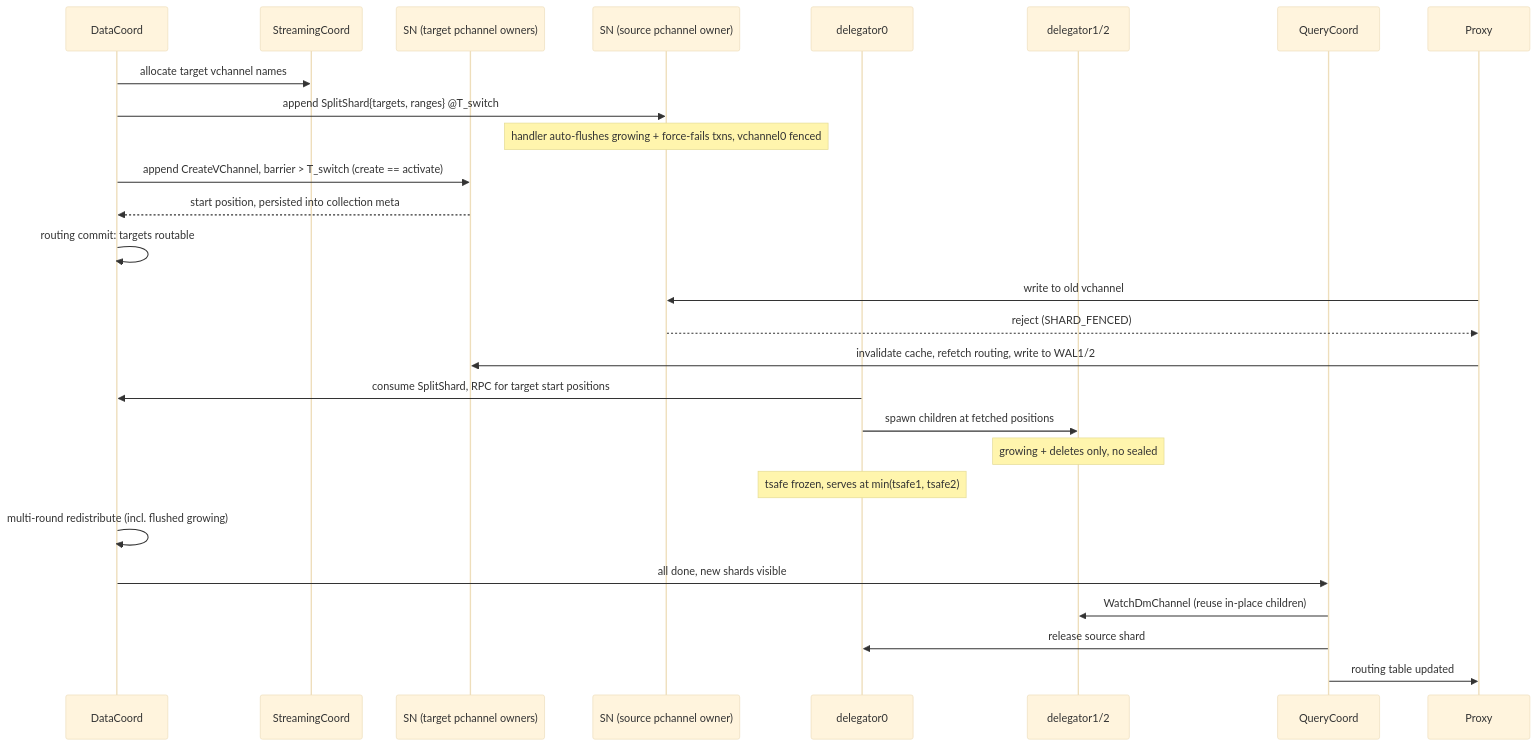
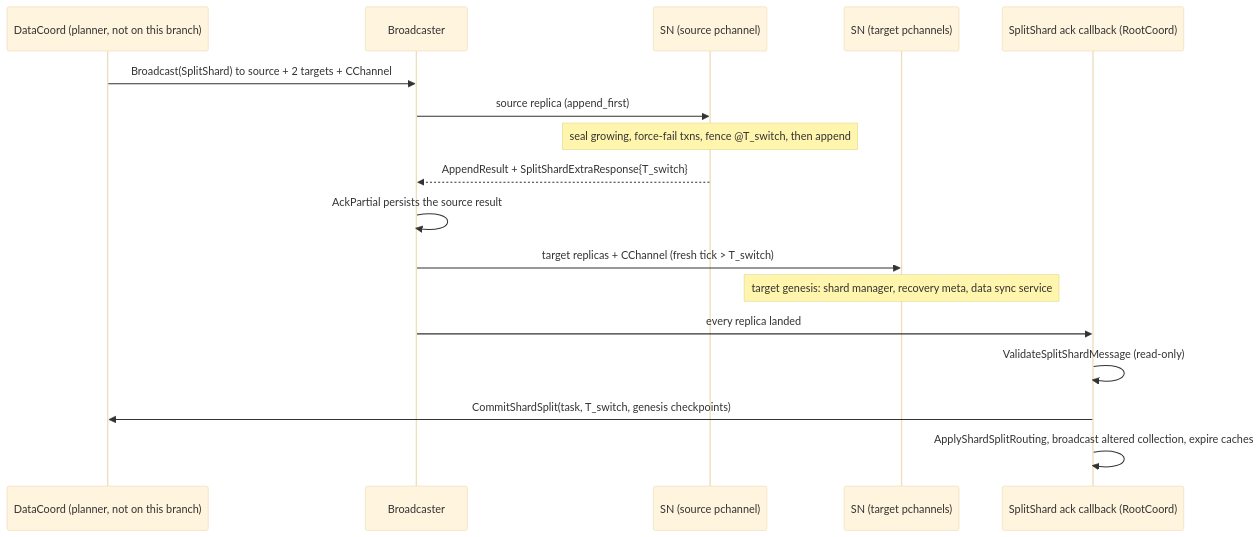
One commit to milvus-io/milvus changed the second of 4 diagrams in docs/design-docs/design_docs/20260610-shard_split.md. Above: the diagram before and after it, drawn with Mermaid (base theme). The commit also changed other lines of this file and 6 other files, not shown here.

First line of the commit message:
doc: describe the replicated shard split write switch

````diff
--- a/docs/design-docs/design_docs/20260610-shard_split.md
+++ b/docs/design-docs/design_docs/20260610-shard_split.md
@@ -368,29 +623,19 @@
 ```mermaid
 sequenceDiagram
-    participant DC as DataCoord
-    participant SC as StreamingCoord
-    participant SNT as SN (target pchannel owners)
-    participant SN0 as SN (source pchannel owner)
-    participant D0 as delegator0
-    participant D12 as delegator1/2
-    participant QC as QueryCoord
-    participant PX as Proxy
-    DC->>SC: allocate target vchannel names
-    DC->>SN0: append SplitShard{targets, ranges} @T_switch
-    Note over SN0: handler auto-flushes growing + force-fails txns, vchannel0 fenced
-    DC->>SNT: append CreateVChannel, barrier > T_switch (create == activate)
-    SNT-->>DC: start position, persisted into collection meta
-    DC->>DC: routing commit: targets routable
-    PX->>SN0: write to old vchannel
-    SN0-->>PX: reject (SHARD_FENCED)
-    PX->>SNT: invalidate cache, refetch routing, write to WAL1/2
-    D0->>DC: consume SplitShard, RPC for target start positions
-    D0->>D12: spawn children at fetched positions
-    Note over D12: growing + deletes only, no sealed
-    Note over D0: tsafe frozen, serves at min(tsafe1, tsafe2)
-    DC->>DC: multi-round redistribute (incl. flushed growing)
-    DC->>QC: all done, new shards visible
-    QC->>D12: WatchDmChannel (reuse in-place children)
-    QC->>D0: release source shard
-    QC->>PX: routing table updated
+    participant DC as DataCoord (planner, not on this branch)
+    participant BC as Broadcaster
+    participant SN0 as SN (source pchannel)
+    participant SNT as SN (target pchannels)
+    participant CB as SplitShard ack callback (RootCoord)
+    DC->>BC: Broadcast(SplitShard) to source + 2 targets + CChannel
+    BC->>SN0: source replica (append_first)
+    Note over SN0: seal growing, force-fail txns, fence @T_switch, then append
+    SN0-->>BC: AppendResult + SplitShardExtraResponse{T_switch}
+    BC->>BC: AckPartial persists the source result
+    BC->>SNT: target replicas + CChannel (fresh tick > T_switch)
+    Note over SNT: target genesis: shard manager, recovery meta, data sync service
+    BC->>CB: every replica landed
+    CB->>CB: ValidateSplitShardMessage (read-only)
+    CB->>DC: CommitShardSplit(task, T_switch, genesis checkpoints)
+    CB->>CB: ApplyShardSplitRouting, broadcast altered collection, expire caches
 ```
````
